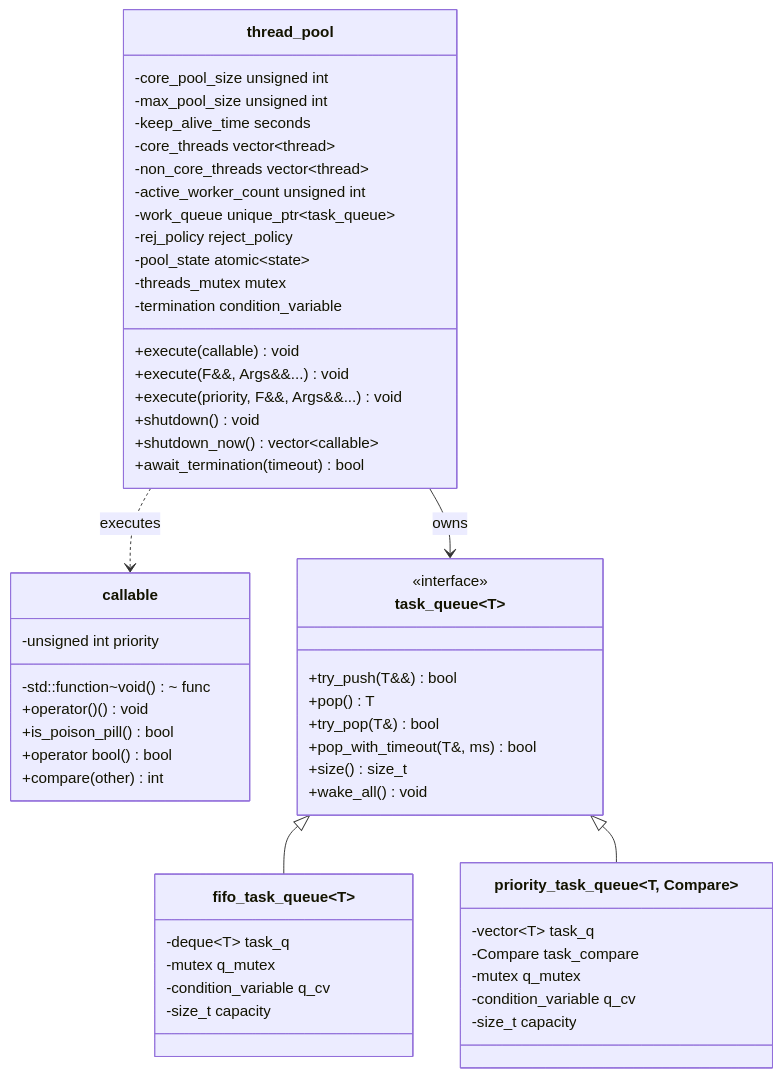
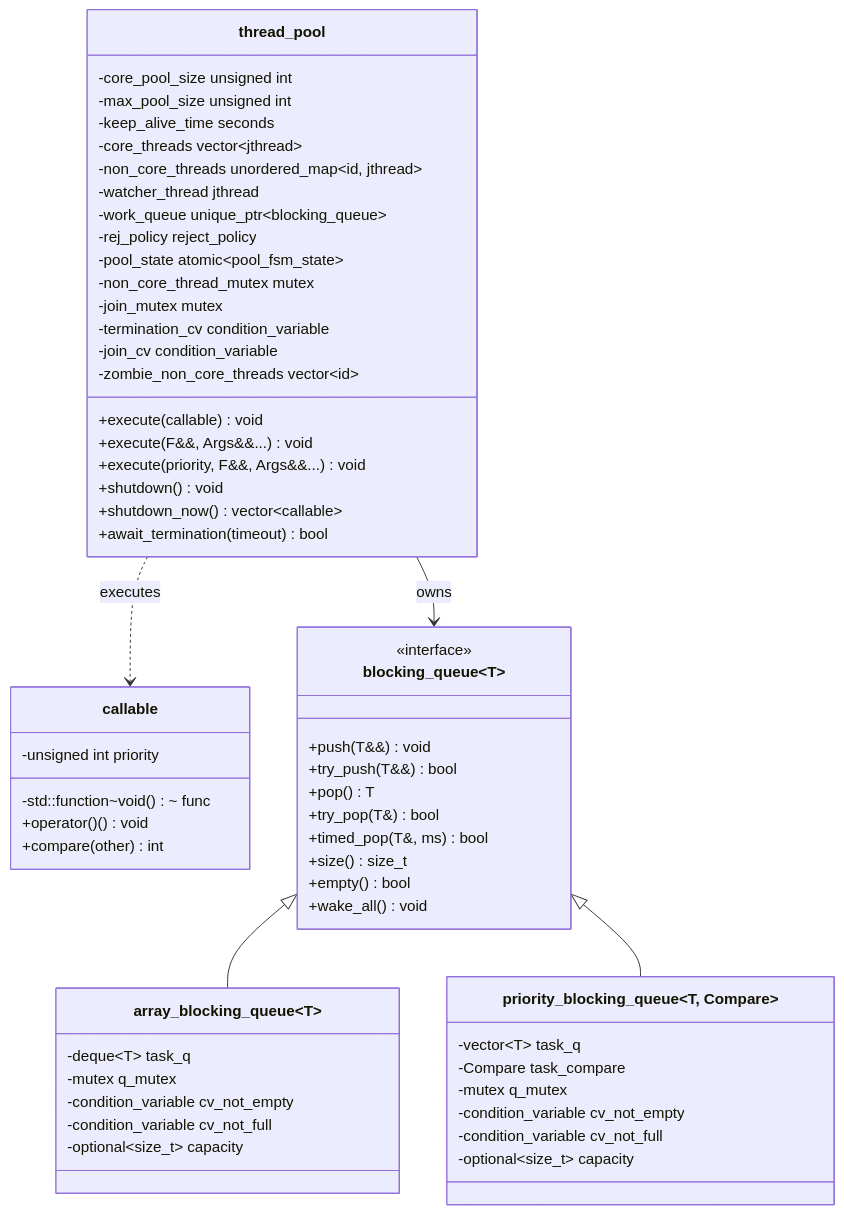
Before and after one commit to lwhttpdorg/threadpool: the first of 2 diagrams in DESIGN.md, drawn with Mermaid. The commit also changed other lines of this file and 20 other files, not shown here.

Commit message:
fix: fix thread pool shutdown bug

````diff
--- a/DESIGN.md
+++ b/DESIGN.md
@@ -155,61 +165,66 @@
 ```mermaid
 classDiagram
     class callable {
         -std::function~void()~ func
         -unsigned int priority
         +operator()() void
-        +is_poison_pill() bool
-        +operator bool() bool
         +compare(other) int
     }
 
-    class task_queue~T~ {
+    class blocking_queue~T~ {
         <<interface>>
+        +push(T&&) void
         +try_push(T&&) bool
         +pop() T
         +try_pop(T&) bool
-        +pop_with_timeout(T&, ms) bool
+        +timed_pop(T&, ms) bool
         +size() size_t
+        +empty() bool
         +wake_all() void
     }
 
-    class fifo_task_queue~T~ {
+    class array_blocking_queue~T~ {
         -deque~T~ task_q
         -mutex q_mutex
-        -condition_variable q_cv
-        -size_t capacity
+        -condition_variable cv_not_empty
+        -condition_variable cv_not_full
+        -optional~size_t~ capacity
     }
 
-    class priority_task_queue~T, Compare~ {
+    class priority_blocking_queue~T, Compare~ {
         -vector~T~ task_q
         -Compare task_compare
         -mutex q_mutex
-        -condition_variable q_cv
-        -size_t capacity
+        -condition_variable cv_not_empty
+        -condition_variable cv_not_full
+        -optional~size_t~ capacity
     }
 
     class thread_pool {
         +execute(callable) void
         +execute(F&&, Args&&...) void
         +execute(priority, F&&, Args&&...) void
         +shutdown() void
         +shutdown_now() vector~callable~
         +await_termination(timeout) bool
         -core_pool_size unsigned int
         -max_pool_size unsigned int
         -keep_alive_time seconds
-        -core_threads vector~thread~
-        -non_core_threads vector~thread~
-        -active_worker_count unsigned int
-        -work_queue unique_ptr~task_queue~
+        -core_threads vector~jthread~
+        -non_core_threads unordered_map~id, jthread~
+        -watcher_thread jthread
+        -work_queue unique_ptr~blocking_queue~
         -rej_policy reject_policy
-        -pool_state atomic~state~
-        -threads_mutex mutex
-        -termination condition_variable
+        -pool_state atomic~pool_fsm_state~
+        -non_core_thread_mutex mutex
+        -join_mutex mutex
+        -termination_cv condition_variable
+        -join_cv condition_variable
+        -zombie_non_core_threads vector~id~
     }
 
-    task_queue~T~ <|-- fifo_task_queue~T~
-    task_queue~T~ <|-- priority_task_queue~T, Compare~
-    thread_pool --> task_queue~callable~ : owns
+    blocking_queue~T~ <|-- array_blocking_queue~T~
+    blocking_queue~T~ <|-- priority_blocking_queue~T, Compare~
+    thread_pool --> blocking_queue~callable~ : owns
     thread_pool ..> callable : executes
 ```
````
